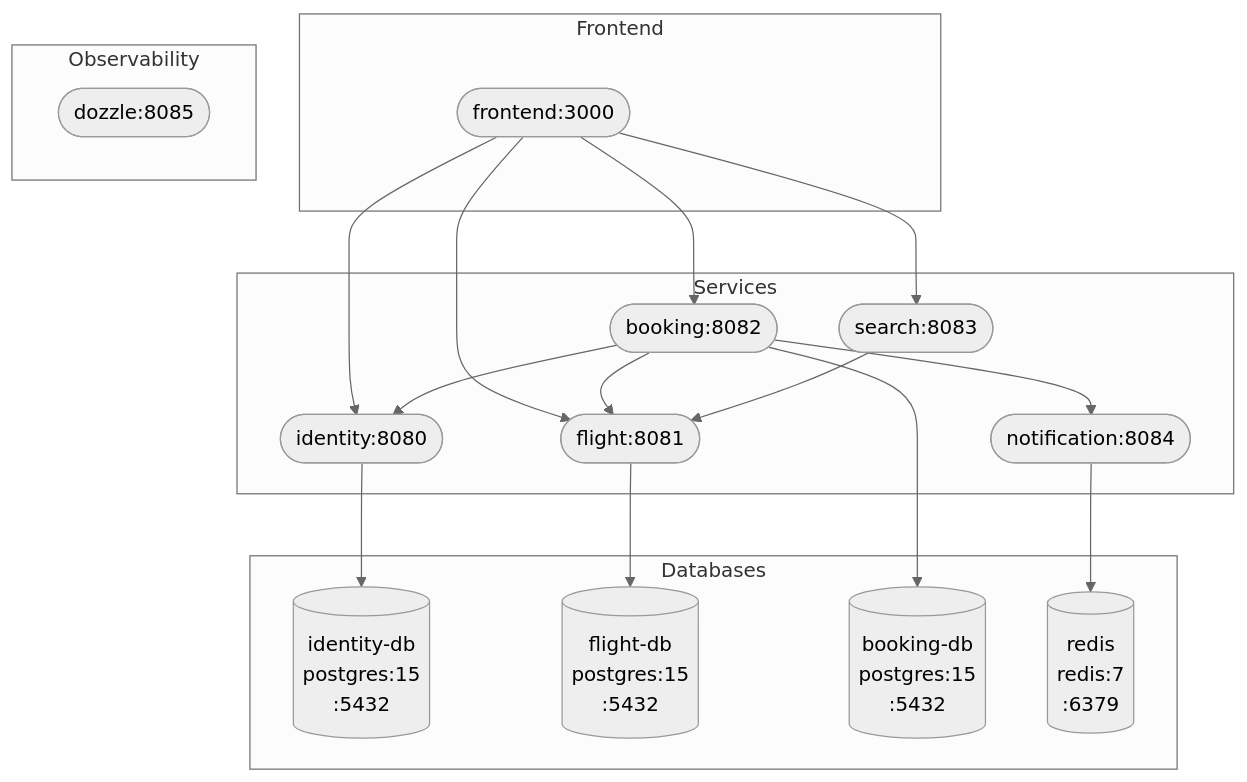
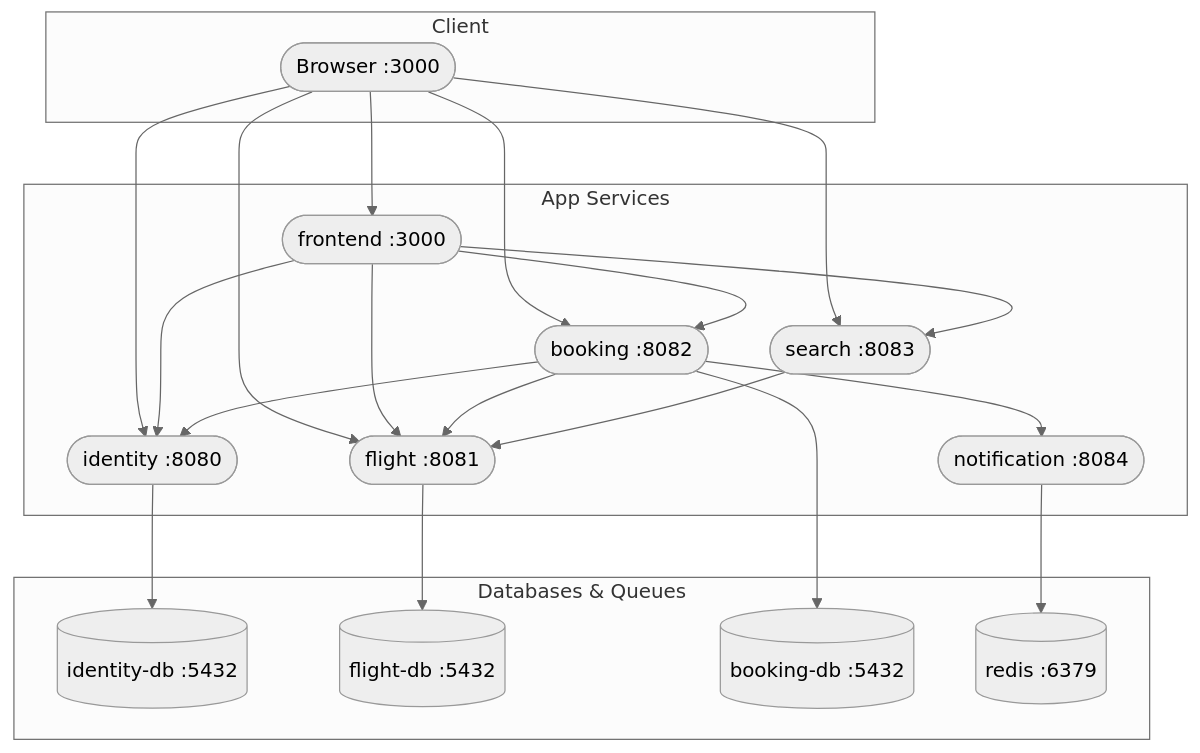
One commit to darshan-raul/apollo11-docs changed the diagram in docs/launchpad.md. Above: the diagram before and after it, drawn with Mermaid (neutral theme). The commit also changed other lines of this file and 26 other files, not shown here.

First line of the commit message:
docs: align curriculum with Apollo11 roadmap, add verbose commands and failure labs

````diff
--- a/docs/launchpad.md
+++ b/docs/launchpad.md
@@ -70,43 +85,44 @@
 ```mermaid
 graph TB
-    subgraph Frontend
-        F([frontend:3000])
+    subgraph Client
+        Browser([Browser :3000])
     end
 
-    subgraph Services
-        ID([identity:8080])
-        FL([flight:8081])
-        BK([booking:8082])
-        SN([search:8083])
-        NT([notification:8084])
+    subgraph App Services
+        ID([identity :8080])
+        FL([flight :8081])
+        BK([booking :8082])
+        SN([search :8083])
+        NT([notification :8084])
+        FE([frontend :3000])
     end
 
-    subgraph Databases
-        IDDB[("identity-db<br/>postgres:15<br/>:5432")]
-        FLDB[("flight-db<br/>postgres:15<br/>:5432")]
-        BKDB[("booking-db<br/>postgres:15<br/>:5432")]
-        RD[(redis<br/>redis:7<br/>:6379)]
+    subgraph Databases & Queues
+        IDDB[(identity-db :5432)]
+        FLDB[(flight-db :5432)]
+        BKDB[(booking-db :5432)]
+        RD[(redis :6379)]
     end
 
-    subgraph Observability
-        DZ([dozzle:8085])
-    end
+    Browser --> FE
+    Browser --> ID
+    Browser --> FL
+    Browser --> BK
+    Browser --> SN
 
-    F --> ID
-    F --> FL
-    F --> BK
-    F --> SN
+    FE --> ID
+    FE --> FL
+    FE --> BK
+    FE --> SN
 
+    BK --> ID
     BK --> FL
-    BK --> ID
+    BK --> BKDB
     BK --> NT
 
     SN --> FL
-
     NT --> RD
 
     ID --> IDDB
     FL --> FLDB
-    BK --> BKDB
-
 ```
````
